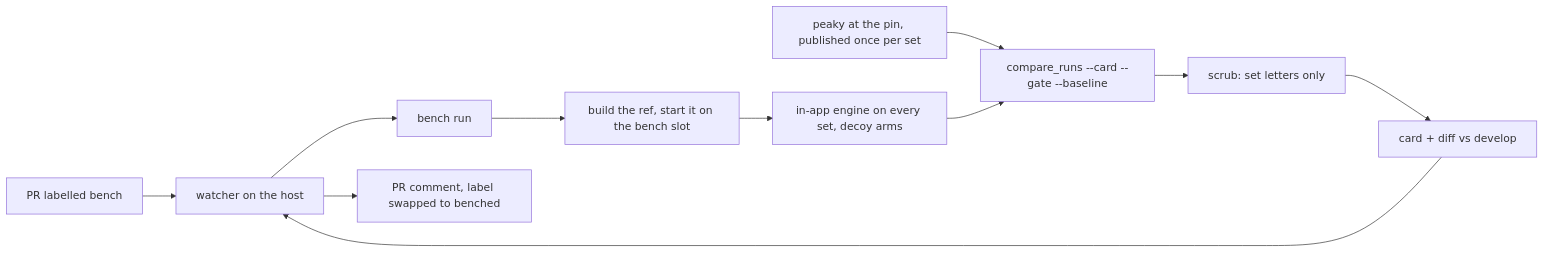
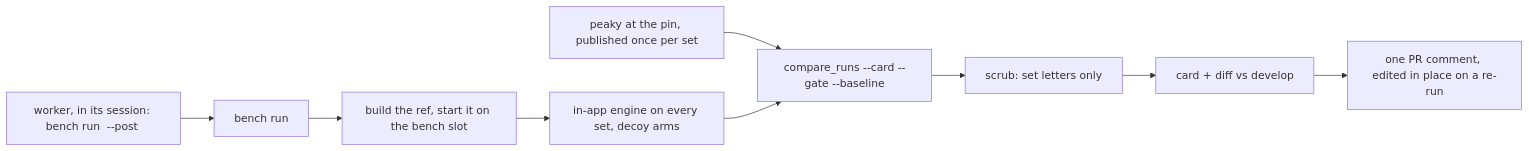
Before and after one commit to ultra-trace-systems/mascope: the diagram in docs/dev/assignment_bench.md, drawn with Mermaid. The commit also changed other lines of this file and 3 other files, not shown here.

````diff
--- a/docs/dev/assignment_bench.md
+++ b/docs/dev/assignment_bench.md
@@ -38,13 +39,11 @@
 ```mermaid
 flowchart LR
-    A["PR labelled bench"] --> W["watcher on the host"]
-    W --> R["bench run <ref>"]
+    A["worker, in its session: bench run <branch> --post <pr>"] --> R["bench run"]
     R --> B["build the ref, start it on the bench slot"]
     B --> E["in-app engine on every set, decoy arms"]
     P["peaky at the pin, published once per set"] --> C
     E --> C["compare_runs --card --gate --baseline"]
     C --> S["scrub: set letters only"]
     S --> K["card + diff vs develop"]
-    K --> W
-    W --> M["PR comment, label swapped to benched"]
+    K --> M["one PR comment, edited in place on a re-run"]
 ```
````
